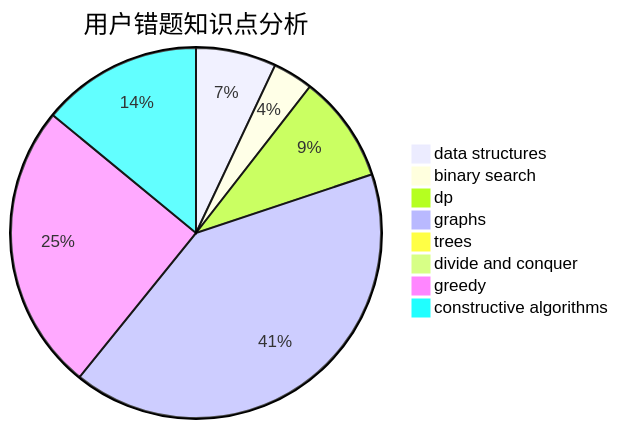
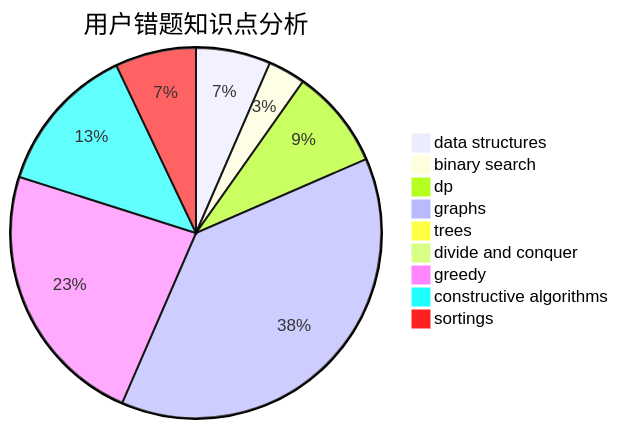
One commit to sherpahu/cfrs.github.io changed the third of 3 diagrams in docs/user/u305.md. Above: the diagram before and after it, drawn with Mermaid. The commit also changed other lines of this file and 2769 other files, not shown here.

````diff
--- a/docs/user/u305.md
+++ b/docs/user/u305.md
@@ -36,11 +32,12 @@
 ```mermaid
 pie title 用户错题知识点分析
     "data structures" :  12
     "binary search" :  6
     "dp" :  16
     "graphs" :  70
     "trees" :  0
     "divide and conquer" :  0
     "greedy" :  43
     "constructive algorithms" :  24
+    "sortings" :  13
 ```
````
